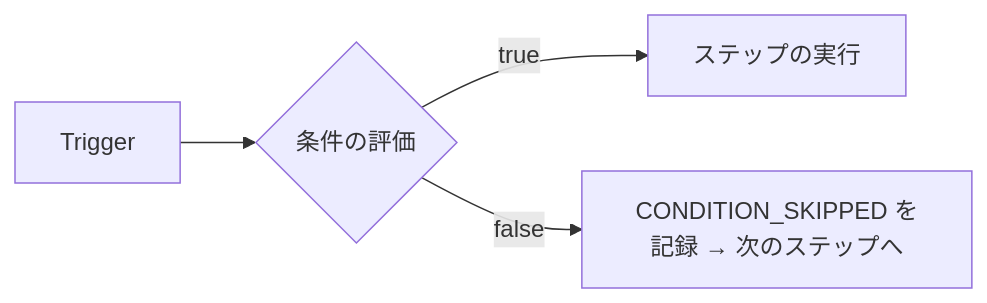
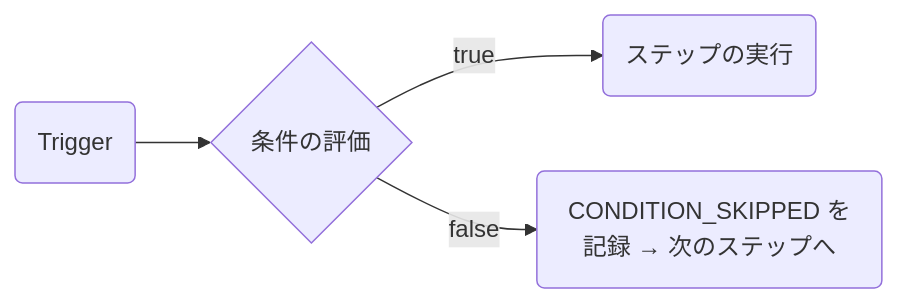
One commit to KriyanshKhunt/nexus_docs changed the diagram in content/docs/ja/platform/features/step-conditions.mdx. Above: the diagram before and after it, drawn with Mermaid. The commit also changed 20 other files, not shown here.

Commit message:
Handle ja Mermaid charts

````diff
--- a/content/docs/ja/platform/features/step-conditions.mdx
+++ b/content/docs/ja/platform/features/step-conditions.mdx
@@ -14,6 +14,6 @@
 ```mermaid
 flowchart LR
-  Trigger --> Eval{条件の評価}
-  Eval -->|true| Execute[ステップの実行]
-  Eval -->|false| Skip[CONDITION_SKIPPED を記録 → 次のステップへ]
+  Trigger(Trigger) --> Eval{条件の評価}
+  Eval -->|true| Execute(ステップの実行)
+  Eval -->|false| Skip(CONDITION_SKIPPED を記録 → 次のステップへ)
 ```
````
